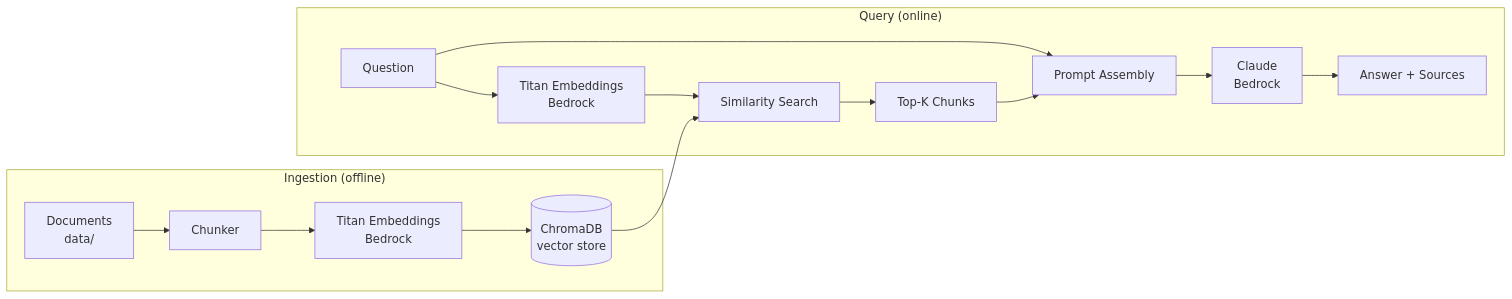
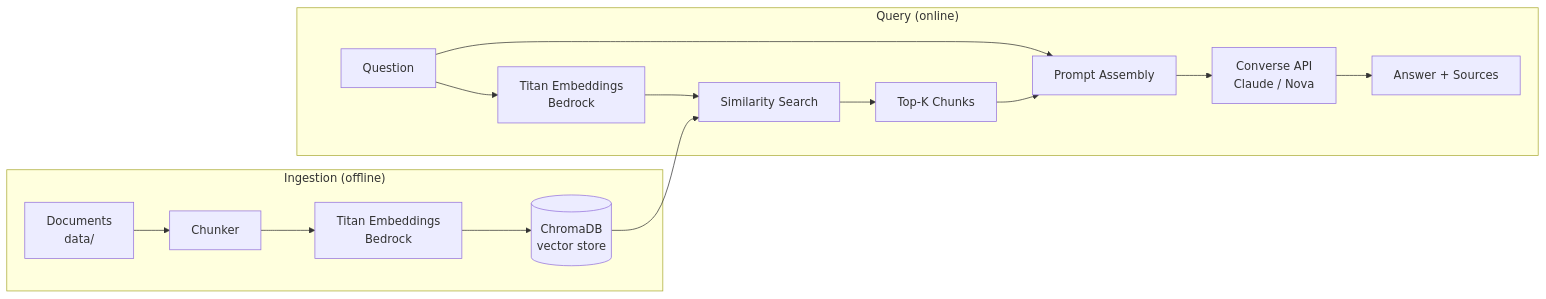
The diagram in README.md (KislayaSrivastava/bedrock-rag-qa-assistant), drawn with Mermaid before and after one commit. The commit also changed other lines of this file, not shown here.

````diff
--- a/README.md
+++ b/README.md
@@ -15,19 +40,19 @@
 ```mermaid
 flowchart LR
     subgraph Ingestion["Ingestion (offline)"]
         A[Documents<br/>data/] --> B[Chunker]
         B --> C[Titan Embeddings<br/>Bedrock]
         C --> D[(ChromaDB<br/>vector store)]
     end
 
     subgraph Query["Query (online)"]
         E[Question] --> F[Titan Embeddings<br/>Bedrock]
         F --> G[Similarity Search]
         D --> G
         G --> H[Top-K Chunks]
         H --> I[Prompt Assembly]
         E --> I
-        I --> J[Claude<br/>Bedrock]
+        I --> J[Converse API<br/>Claude / Nova]
         J --> K[Answer + Sources]
     end
 ```
````
